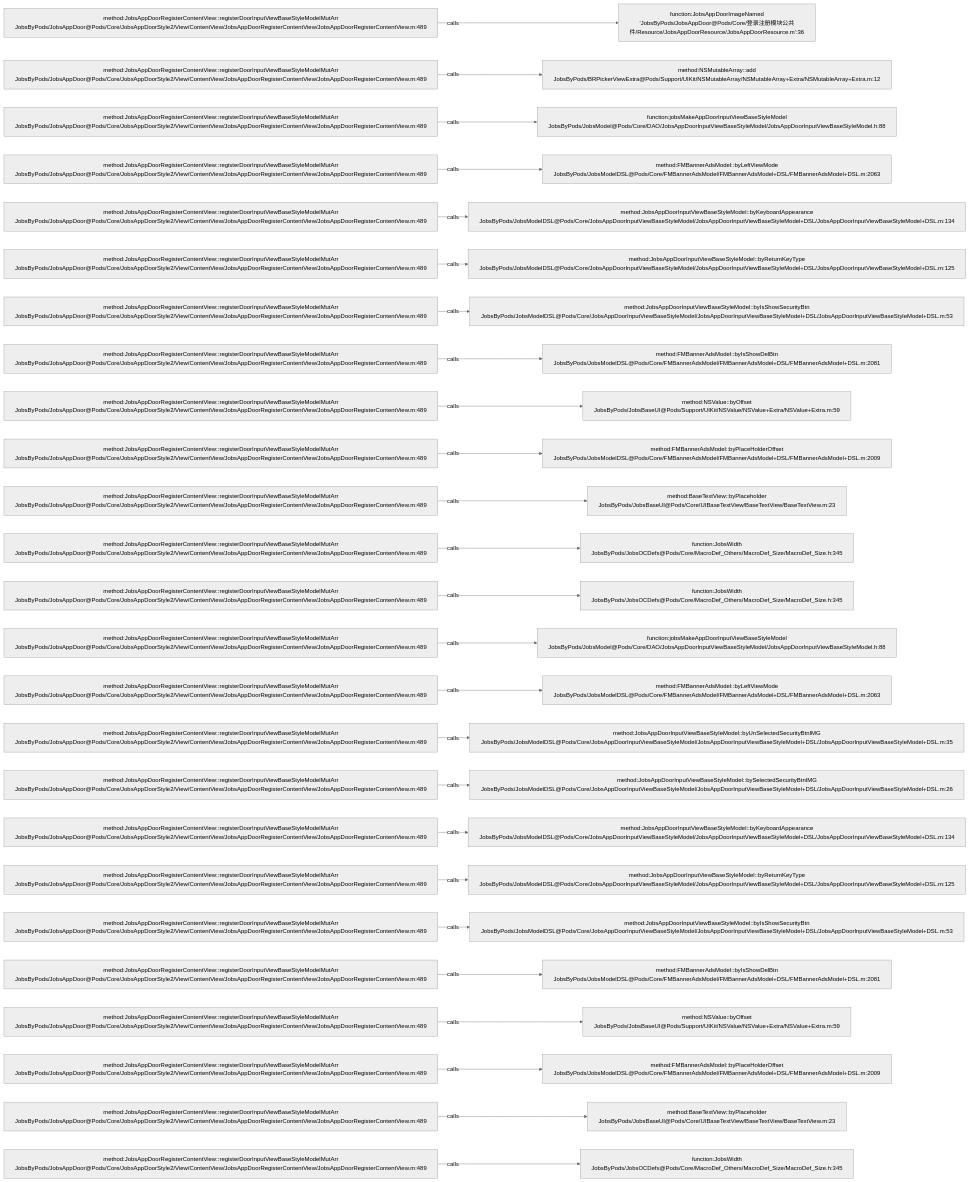
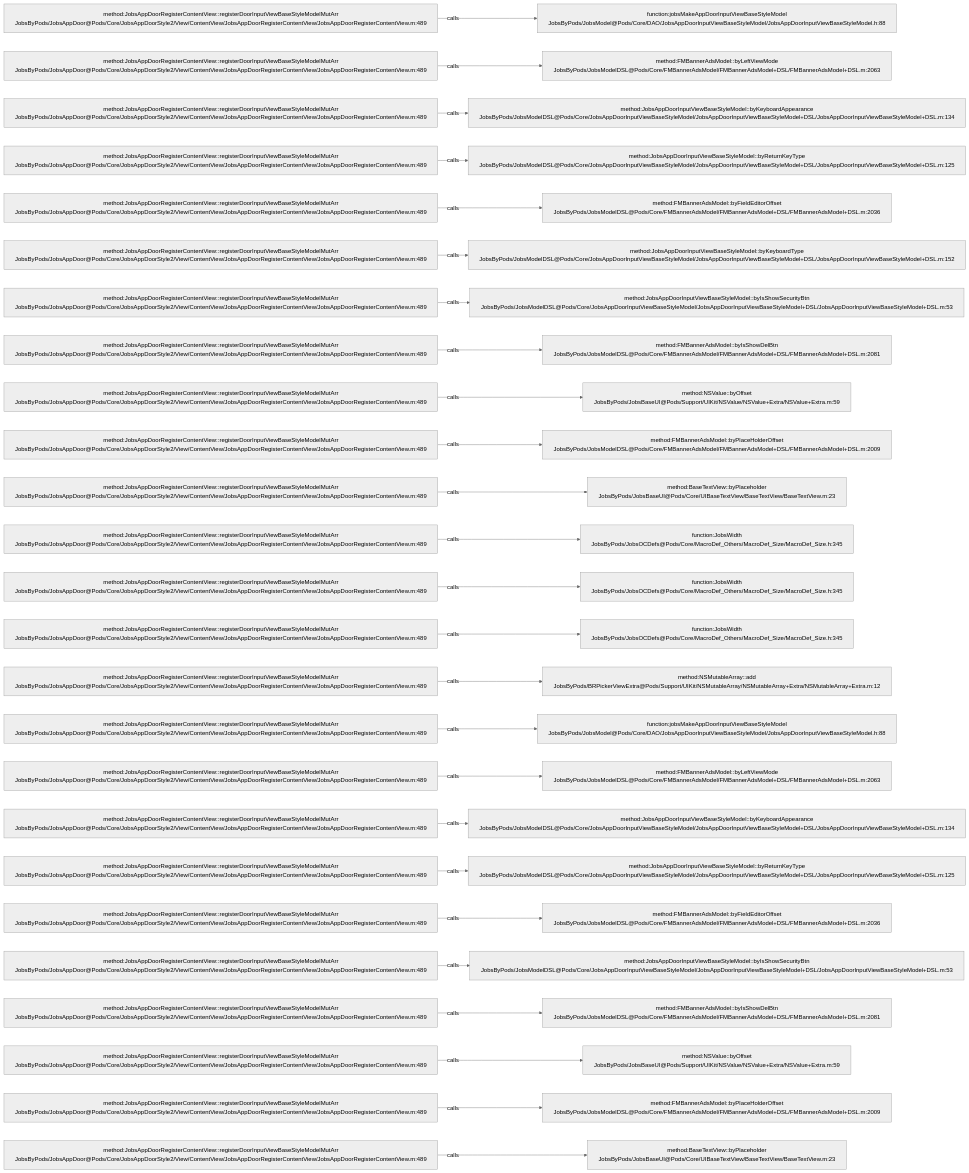
One commit to JobsKits/JobsOCBaseConfigDemo changed the diagram in .codegraph/codegraph.md/graphs/calls-134.md. Above: the diagram before and after it, drawn with Mermaid (neutral theme). The commit also changed 223 other files, not shown here.

````diff
--- a/.codegraph/codegraph.md/graphs/calls-134.md
+++ b/.codegraph/codegraph.md/graphs/calls-134.md
@@ -13,78 +13,78 @@
 ```mermaid
 flowchart LR
   S1["method:JobsAppDoorRegisterContentView::registerDoorInputViewBaseStyleModelMutArr<br/>JobsByPods/JobsAppDoor@Pods/Core/JobsAppDoorStyle2/View/ContentView/JobsAppDoorRegisterContentView/JobsAppDoorRegisterContentView.m:489"]
-  T1["function:JobsAppDoorImageNamed<br/>'JobsByPods/JobsAppDoor@Pods/Core/登录注册模块公共件/Resource/JobsAppDoorResource/JobsAppDoorResource.m':36"]
+  T1["function:jobsMakeAppDoorInputViewBaseStyleModel<br/>JobsByPods/JobsModel@Pods/Core/DAO/JobsAppDoorInputViewBaseStyleModel/JobsAppDoorInputViewBaseStyleModel.h:88"]
   S1 -->|calls| T1
   S2["method:JobsAppDoorRegisterContentView::registerDoorInputViewBaseStyleModelMutArr<br/>JobsByPods/JobsAppDoor@Pods/Core/JobsAppDoorStyle2/View/ContentView/JobsAppDoorRegisterContentView/JobsAppDoorRegisterContentView.m:489"]
-  T2["method:NSMutableArray::add<br/>JobsByPods/BRPickerViewExtra@Pods/Support/UIKit/NSMutableArray/NSMutableArray+Extra/NSMutableArray+Extra.m:12"]
+  T2["method:FMBannerAdsModel::byLeftViewMode<br/>JobsByPods/JobsModelDSL@Pods/Core/FMBannerAdsModel/FMBannerAdsModel+DSL/FMBannerAdsModel+DSL.m:2063"]
   S2 -->|calls| T2
   S3["method:JobsAppDoorRegisterContentView::registerDoorInputViewBaseStyleModelMutArr<br/>JobsByPods/JobsAppDoor@Pods/Core/JobsAppDoorStyle2/View/ContentView/JobsAppDoorRegisterContentView/JobsAppDoorRegisterContentView.m:489"]
-  T3["function:jobsMakeAppDoorInputViewBaseStyleModel<br/>JobsByPods/JobsModel@Pods/Core/DAO/JobsAppDoorInputViewBaseStyleModel/JobsAppDoorInputViewBaseStyleModel.h:88"]
+  T3["method:JobsAppDoorInputViewBaseStyleModel::byKeyboardAppearance<br/>JobsByPods/JobsModelDSL@Pods/Core/JobsAppDoorInputViewBaseStyleModel/JobsAppDoorInputViewBaseStyleModel+DSL/JobsAppDoorInputViewBaseStyleModel+DSL.m:134"]
   S3 -->|calls| T3
   S4["method:JobsAppDoorRegisterContentView::registerDoorInputViewBaseStyleModelMutArr<br/>JobsByPods/JobsAppDoor@Pods/Core/JobsAppDoorStyle2/View/ContentView/JobsAppDoorRegisterContentView/JobsAppDoorRegisterContentView.m:489"]
-  T4["method:FMBannerAdsModel::byLeftViewMode<br/>JobsByPods/JobsModelDSL@Pods/Core/FMBannerAdsModel/FMBannerAdsModel+DSL/FMBannerAdsModel+DSL.m:2063"]
+  T4["method:JobsAppDoorInputViewBaseStyleModel::byReturnKeyType<br/>JobsByPods/JobsModelDSL@Pods/Core/JobsAppDoorInputViewBaseStyleModel/JobsAppDoorInputViewBaseStyleModel+DSL/JobsAppDoorInputViewBaseStyleModel+DSL.m:125"]
   S4 -->|calls| T4
   S5["method:JobsAppDoorRegisterContentView::registerDoorInputViewBaseStyleModelMutArr<br/>JobsByPods/JobsAppDoor@Pods/Core/JobsAppDoorStyle2/View/ContentView/JobsAppDoorRegisterContentView/JobsAppDoorRegisterContentView.m:489"]
-  T5["method:JobsAppDoorInputViewBaseStyleModel::byKeyboardAppearance<br/>JobsByPods/JobsModelDSL@Pods/Core/JobsAppDoorInputViewBaseStyleModel/JobsAppDoorInputViewBaseStyleModel+DSL/JobsAppDoorInputViewBaseStyleModel+DSL.m:134"]
+  T5["method:FMBannerAdsModel::byFieldEditorOffset<br/>JobsByPods/JobsModelDSL@Pods/Core/FMBannerAdsModel/FMBannerAdsModel+DSL/FMBannerAdsModel+DSL.m:2036"]
   S5 -->|calls| T5
   S6["method:JobsAppDoorRegisterContentView::registerDoorInputViewBaseStyleModelMutArr<br/>JobsByPods/JobsAppDoor@Pods/Core/JobsAppDoorStyle2/View/ContentView/JobsAppDoorRegisterContentView/JobsAppDoorRegisterContentView.m:489"]
-  T6["method:JobsAppDoorInputViewBaseStyleModel::byReturnKeyType<br/>JobsByPods/JobsModelDSL@Pods/Core/JobsAppDoorInputViewBaseStyleModel/JobsAppDoorInputViewBaseStyleModel+DSL/JobsAppDoorInputViewBaseStyleModel+DSL.m:125"]
+  T6["method:JobsAppDoorInputViewBaseStyleModel::byKeyboardType<br/>JobsByPods/JobsModelDSL@Pods/Core/JobsAppDoorInputViewBaseStyleModel/JobsAppDoorInputViewBaseStyleModel+DSL/JobsAppDoorInputViewBaseStyleModel+DSL.m:152"]
   S6 -->|calls| T6
   S7["method:JobsAppDoorRegisterContentView::registerDoorInputViewBaseStyleModelMutArr<br/>JobsByPods/JobsAppDoor@Pods/Core/JobsAppDoorStyle2/View/ContentView/JobsAppDoorRegisterContentView/JobsAppDoorRegisterContentView.m:489"]
   T7["method:JobsAppDoorInputViewBaseStyleModel::byIsShowSecurityBtn<br/>JobsByPods/JobsModelDSL@Pods/Core/JobsAppDoorInputViewBaseStyleModel/JobsAppDoorInputViewBaseStyleModel+DSL/JobsAppDoorInputViewBaseStyleModel+DSL.m:53"]
   S7 -->|calls| T7
   S8["method:JobsAppDoorRegisterContentView::registerDoorInputViewBaseStyleModelMutArr<br/>JobsByPods/JobsAppDoor@Pods/Core/JobsAppDoorStyle2/View/ContentView/JobsAppDoorRegisterContentView/JobsAppDoorRegisterContentView.m:489"]
   T8["method:FMBannerAdsModel::byIsShowDelBtn<br/>JobsByPods/JobsModelDSL@Pods/Core/FMBannerAdsModel/FMBannerAdsModel+DSL/FMBannerAdsModel+DSL.m:2081"]
   S8 -->|calls| T8
   S9["method:JobsAppDoorRegisterContentView::registerDoorInputViewBaseStyleModelMutArr<br/>JobsByPods/JobsAppDoor@Pods/Core/JobsAppDoorStyle2/View/ContentView/JobsAppDoorRegisterContentView/JobsAppDoorRegisterContentView.m:489"]
   T9["method:NSValue::byOffset<br/>JobsByPods/JobsBaseUI@Pods/Support/UIKit/NSValue/NSValue+Extra/NSValue+Extra.m:59"]
   S9 -->|calls| T9
   S10["method:JobsAppDoorRegisterContentView::registerDoorInputViewBaseStyleModelMutArr<br/>JobsByPods/JobsAppDoor@Pods/Core/JobsAppDoorStyle2/View/ContentView/JobsAppDoorRegisterContentView/JobsAppDoorRegisterContentView.m:489"]
   T10["method:FMBannerAdsModel::byPlaceHolderOffset<br/>JobsByPods/JobsModelDSL@Pods/Core/FMBannerAdsModel/FMBannerAdsModel+DSL/FMBannerAdsModel+DSL.m:2009"]
   S10 -->|calls| T10
   S11["method:JobsAppDoorRegisterContentView::registerDoorInputViewBaseStyleModelMutArr<br/>JobsByPods/JobsAppDoor@Pods/Core/JobsAppDoorStyle2/View/ContentView/JobsAppDoorRegisterContentView/JobsAppDoorRegisterContentView.m:489"]
   T11["method:BaseTextView::byPlaceholder<br/>JobsByPods/JobsBaseUI@Pods/Core/UIBaseTextView/BaseTextView/BaseTextView.m:23"]
   S11 -->|calls| T11
   S12["method:JobsAppDoorRegisterContentView::registerDoorInputViewBaseStyleModelMutArr<br/>JobsByPods/JobsAppDoor@Pods/Core/JobsAppDoorStyle2/View/ContentView/JobsAppDoorRegisterContentView/JobsAppDoorRegisterContentView.m:489"]
   T12["function:JobsWidth<br/>JobsByPods/JobsOCDefs@Pods/Core/MacroDef_Others/MacroDef_Size/MacroDef_Size.h:345"]
   S12 -->|calls| T12
   S13["method:JobsAppDoorRegisterContentView::registerDoorInputViewBaseStyleModelMutArr<br/>JobsByPods/JobsAppDoor@Pods/Core/JobsAppDoorStyle2/View/ContentView/JobsAppDoorRegisterContentView/JobsAppDoorRegisterContentView.m:489"]
   T13["function:JobsWidth<br/>JobsByPods/JobsOCDefs@Pods/Core/MacroDef_Others/MacroDef_Size/MacroDef_Size.h:345"]
   S13 -->|calls| T13
   S14["method:JobsAppDoorRegisterContentView::registerDoorInputViewBaseStyleModelMutArr<br/>JobsByPods/JobsAppDoor@Pods/Core/JobsAppDoorStyle2/View/ContentView/JobsAppDoorRegisterContentView/JobsAppDoorRegisterContentView.m:489"]
-  T14["function:jobsMakeAppDoorInputViewBaseStyleModel<br/>JobsByPods/JobsModel@Pods/Core/DAO/JobsAppDoorInputViewBaseStyleModel/JobsAppDoorInputViewBaseStyleModel.h:88"]
+  T14["function:JobsWidth<br/>JobsByPods/JobsOCDefs@Pods/Core/MacroDef_Others/MacroDef_Size/MacroDef_Size.h:345"]
   S14 -->|calls| T14
   S15["method:JobsAppDoorRegisterContentView::registerDoorInputViewBaseStyleModelMutArr<br/>JobsByPods/JobsAppDoor@Pods/Core/JobsAppDoorStyle2/View/ContentView/JobsAppDoorRegisterContentView/JobsAppDoorRegisterContentView.m:489"]
-  T15["method:FMBannerAdsModel::byLeftViewMode<br/>JobsByPods/JobsModelDSL@Pods/Core/FMBannerAdsModel/FMBannerAdsModel+DSL/FMBannerAdsModel+DSL.m:2063"]
+  T15["method:NSMutableArray::add<br/>JobsByPods/BRPickerViewExtra@Pods/Support/UIKit/NSMutableArray/NSMutableArray+Extra/NSMutableArray+Extra.m:12"]
   S15 -->|calls| T15
   S16["method:JobsAppDoorRegisterContentView::registerDoorInputViewBaseStyleModelMutArr<br/>JobsByPods/JobsAppDoor@Pods/Core/JobsAppDoorStyle2/View/ContentView/JobsAppDoorRegisterContentView/JobsAppDoorRegisterContentView.m:489"]
-  T16["method:JobsAppDoorInputViewBaseStyleModel::byUnSelectedSecurityBtnIMG<br/>JobsByPods/JobsModelDSL@Pods/Core/JobsAppDoorInputViewBaseStyleModel/JobsAppDoorInputViewBaseStyleModel+DSL/JobsAppDoorInputViewBaseStyleModel+DSL.m:35"]
+  T16["function:jobsMakeAppDoorInputViewBaseStyleModel<br/>JobsByPods/JobsModel@Pods/Core/DAO/JobsAppDoorInputViewBaseStyleModel/JobsAppDoorInputViewBaseStyleModel.h:88"]
   S16 -->|calls| T16
   S17["method:JobsAppDoorRegisterContentView::registerDoorInputViewBaseStyleModelMutArr<br/>JobsByPods/JobsAppDoor@Pods/Core/JobsAppDoorStyle2/View/ContentView/JobsAppDoorRegisterContentView/JobsAppDoorRegisterContentView.m:489"]
-  T17["method:JobsAppDoorInputViewBaseStyleModel::bySelectedSecurityBtnIMG<br/>JobsByPods/JobsModelDSL@Pods/Core/JobsAppDoorInputViewBaseStyleModel/JobsAppDoorInputViewBaseStyleModel+DSL/JobsAppDoorInputViewBaseStyleModel+DSL.m:26"]
+  T17["method:FMBannerAdsModel::byLeftViewMode<br/>JobsByPods/JobsModelDSL@Pods/Core/FMBannerAdsModel/FMBannerAdsModel+DSL/FMBannerAdsModel+DSL.m:2063"]
   S17 -->|calls| T17
   S18["method:JobsAppDoorRegisterContentView::registerDoorInputViewBaseStyleModelMutArr<br/>JobsByPods/JobsAppDoor@Pods/Core/JobsAppDoorStyle2/View/ContentView/JobsAppDoorRegisterContentView/JobsAppDoorRegisterContentView.m:489"]
   T18["method:JobsAppDoorInputViewBaseStyleModel::byKeyboardAppearance<br/>JobsByPods/JobsModelDSL@Pods/Core/JobsAppDoorInputViewBaseStyleModel/JobsAppDoorInputViewBaseStyleModel+DSL/JobsAppDoorInputViewBaseStyleModel+DSL.m:134"]
   S18 -->|calls| T18
   S19["method:JobsAppDoorRegisterContentView::registerDoorInputViewBaseStyleModelMutArr<br/>JobsByPods/JobsAppDoor@Pods/Core/JobsAppDoorStyle2/View/ContentView/JobsAppDoorRegisterContentView/JobsAppDoorRegisterContentView.m:489"]
   T19["method:JobsAppDoorInputViewBaseStyleModel::byReturnKeyType<br/>JobsByPods/JobsModelDSL@Pods/Core/JobsAppDoorInputViewBaseStyleModel/JobsAppDoorInputViewBaseStyleModel+DSL/JobsAppDoorInputViewBaseStyleModel+DSL.m:125"]
   S19 -->|calls| T19
   S20["method:JobsAppDoorRegisterContentView::registerDoorInputViewBaseStyleModelMutArr<br/>JobsByPods/JobsAppDoor@Pods/Core/JobsAppDoorStyle2/View/ContentView/JobsAppDoorRegisterContentView/JobsAppDoorRegisterContentView.m:489"]
-  T20["method:JobsAppDoorInputViewBaseStyleModel::byIsShowSecurityBtn<br/>JobsByPods/JobsModelDSL@Pods/Core/JobsAppDoorInputViewBaseStyleModel/JobsAppDoorInputViewBaseStyleModel+DSL/JobsAppDoorInputViewBaseStyleModel+DSL.m:53"]
+  T20["method:FMBannerAdsModel::byFieldEditorOffset<br/>JobsByPods/JobsModelDSL@Pods/Core/FMBannerAdsModel/FMBannerAdsModel+DSL/FMBannerAdsModel+DSL.m:2036"]
   S20 -->|calls| T20
   S21["method:JobsAppDoorRegisterContentView::registerDoorInputViewBaseStyleModelMutArr<br/>JobsByPods/JobsAppDoor@Pods/Core/JobsAppDoorStyle2/View/ContentView/JobsAppDoorRegisterContentView/JobsAppDoorRegisterContentView.m:489"]
-  T21["method:FMBannerAdsModel::byIsShowDelBtn<br/>JobsByPods/JobsModelDSL@Pods/Core/FMBannerAdsModel/FMBannerAdsModel+DSL/FMBannerAdsModel+DSL.m:2081"]
+  T21["method:JobsAppDoorInputViewBaseStyleModel::byIsShowSecurityBtn<br/>JobsByPods/JobsModelDSL@Pods/Core/JobsAppDoorInputViewBaseStyleModel/JobsAppDoorInputViewBaseStyleModel+DSL/JobsAppDoorInputViewBaseStyleModel+DSL.m:53"]
   S21 -->|calls| T21
   S22["method:JobsAppDoorRegisterContentView::registerDoorInputViewBaseStyleModelMutArr<br/>JobsByPods/JobsAppDoor@Pods/Core/JobsAppDoorStyle2/View/ContentView/JobsAppDoorRegisterContentView/JobsAppDoorRegisterContentView.m:489"]
-  T22["method:NSValue::byOffset<br/>JobsByPods/JobsBaseUI@Pods/Support/UIKit/NSValue/NSValue+Extra/NSValue+Extra.m:59"]
+  T22["method:FMBannerAdsModel::byIsShowDelBtn<br/>JobsByPods/JobsModelDSL@Pods/Core/FMBannerAdsModel/FMBannerAdsModel+DSL/FMBannerAdsModel+DSL.m:2081"]
   S22 -->|calls| T22
   S23["method:JobsAppDoorRegisterContentView::registerDoorInputViewBaseStyleModelMutArr<br/>JobsByPods/JobsAppDoor@Pods/Core/JobsAppDoorStyle2/View/ContentView/JobsAppDoorRegisterContentView/JobsAppDoorRegisterContentView.m:489"]
-  T23["method:FMBannerAdsModel::byPlaceHolderOffset<br/>JobsByPods/JobsModelDSL@Pods/Core/FMBannerAdsModel/FMBannerAdsModel+DSL/FMBannerAdsModel+DSL.m:2009"]
+  T23["method:NSValue::byOffset<br/>JobsByPods/JobsBaseUI@Pods/Support/UIKit/NSValue/NSValue+Extra/NSValue+Extra.m:59"]
   S23 -->|calls| T23
   S24["method:JobsAppDoorRegisterContentView::registerDoorInputViewBaseStyleModelMutArr<br/>JobsByPods/JobsAppDoor@Pods/Core/JobsAppDoorStyle2/View/ContentView/JobsAppDoorRegisterContentView/JobsAppDoorRegisterContentView.m:489"]
-  T24["method:BaseTextView::byPlaceholder<br/>JobsByPods/JobsBaseUI@Pods/Core/UIBaseTextView/BaseTextView/BaseTextView.m:23"]
+  T24["method:FMBannerAdsModel::byPlaceHolderOffset<br/>JobsByPods/JobsModelDSL@Pods/Core/FMBannerAdsModel/FMBannerAdsModel+DSL/FMBannerAdsModel+DSL.m:2009"]
   S24 -->|calls| T24
   S25["method:JobsAppDoorRegisterContentView::registerDoorInputViewBaseStyleModelMutArr<br/>JobsByPods/JobsAppDoor@Pods/Core/JobsAppDoorStyle2/View/ContentView/JobsAppDoorRegisterContentView/JobsAppDoorRegisterContentView.m:489"]
-  T25["function:JobsWidth<br/>JobsByPods/JobsOCDefs@Pods/Core/MacroDef_Others/MacroDef_Size/MacroDef_Size.h:345"]
+  T25["method:BaseTextView::byPlaceholder<br/>JobsByPods/JobsBaseUI@Pods/Core/UIBaseTextView/BaseTextView/BaseTextView.m:23"]
   S25 -->|calls| T25
 ```
````
